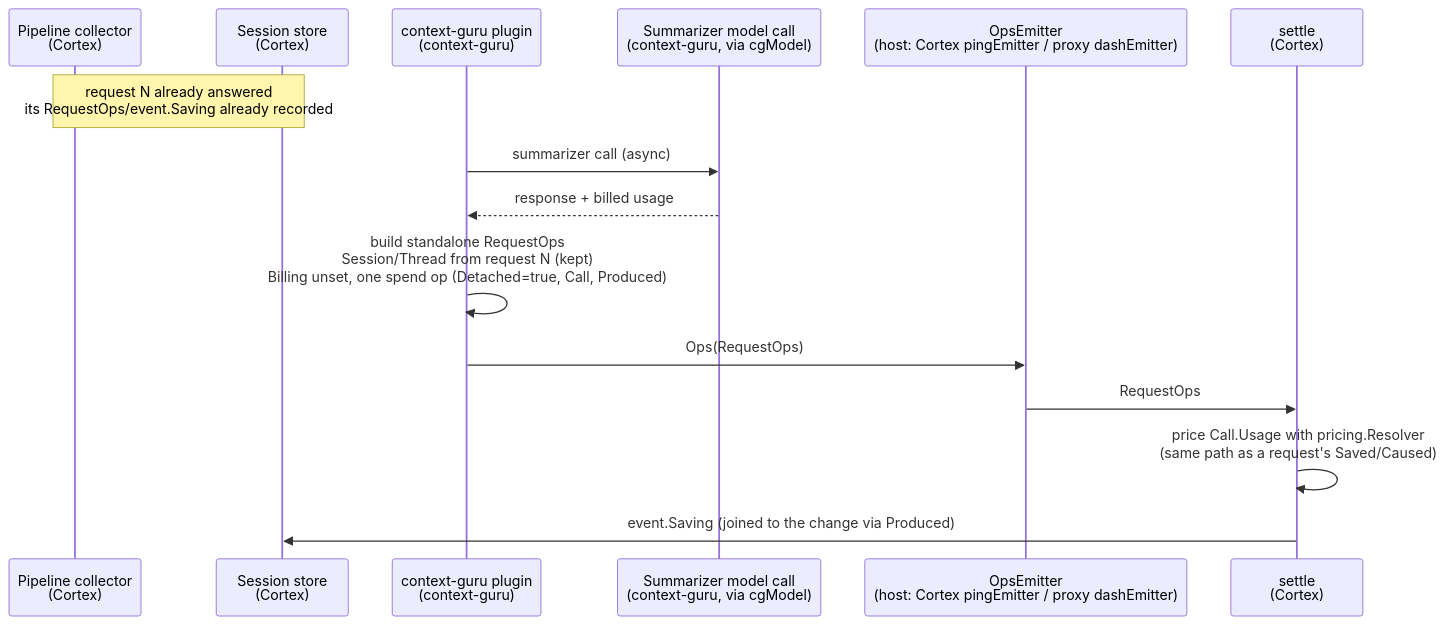
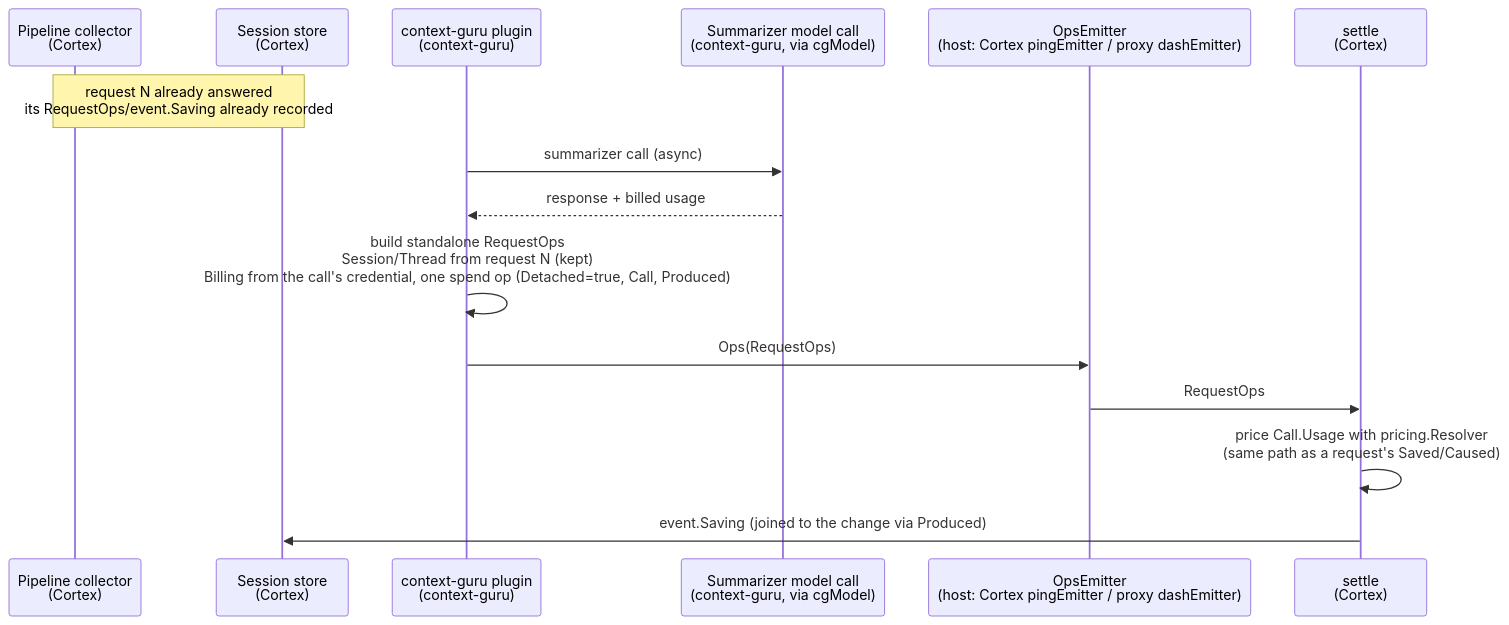
The second of 3 diagrams in docs/superpowers/specs/2026-10-18-context-operations-cortex-wiring.md (rossoctl/context-guru), drawn with Mermaid before and after one commit. The commit also changed other lines of this file and 7 other files, not shown here.

````diff
--- a/docs/superpowers/specs/2026-10-18-context-operations-cortex-wiring.md
+++ b/docs/superpowers/specs/2026-10-18-context-operations-cortex-wiring.md
@@ -158,18 +158,18 @@
 ```mermaid
 sequenceDiagram
     participant Pipeline as Pipeline collector<br/>(Cortex)
     participant Store as Session store<br/>(Cortex)
     participant Plugin as context-guru plugin<br/>(context-guru)
     participant Model as Summarizer model call<br/>(context-guru, via cgModel)
     participant Emitter as OpsEmitter<br/>(host: Cortex pingEmitter / proxy dashEmitter)
     participant Settle as settle<br/>(Cortex)
 
     Note over Pipeline,Store: request N already answered<br/>its RequestOps/event.Saving already recorded
     Plugin->>Model: summarizer call (async)
     Model-->>Plugin: response + billed usage
-    Plugin->>Plugin: build standalone RequestOps<br/>Session/Thread from request N (kept)<br/>Billing unset, one spend op (Detached=true, Call, Produced)
+    Plugin->>Plugin: build standalone RequestOps<br/>Session/Thread from request N (kept)<br/>Billing from the call's credential, one spend op (Detached=true, Call, Produced)
     Plugin->>Emitter: Ops(RequestOps)
     Emitter->>Settle: RequestOps
     Settle->>Settle: price Call.Usage with pricing.Resolver<br/>(same path as a request's Saved/Caused)
     Settle->>Store: event.Saving (joined to the change via Produced)
 ```
````
